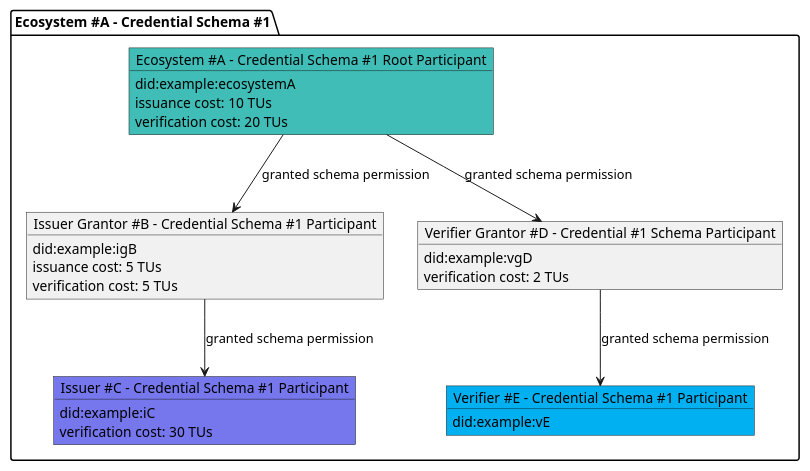
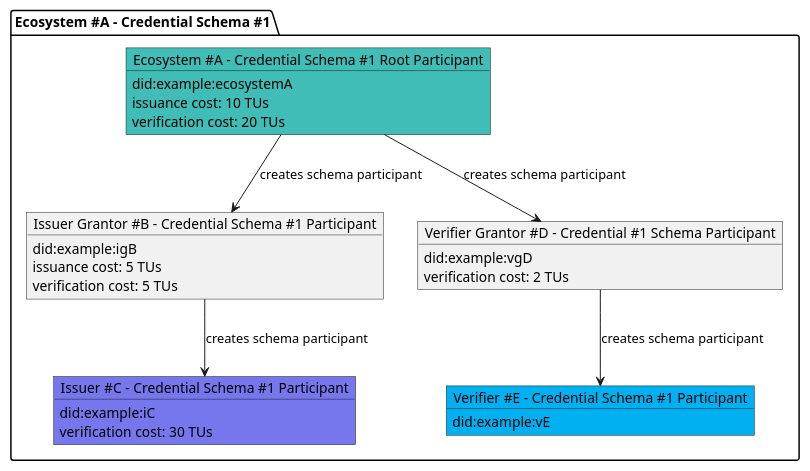
One commit to verana-labs/verifiable-trust-vpr-spec changed the tenth of 21 diagrams in spec.md. Above: the diagram before and after it, drawn with PlantUML. The commit also changed other lines of this file, not shown here.

First line of the commit message:
docs(spec): rephrase Features section for v4 Permission->Participant rename; add Corporation overview

````diff
--- a/spec.md
+++ b/spec.md
@@ -692,41 +752,41 @@
 ```plantuml
 
 @startuml
 scale max 800 width
  
 package "Ecosystem #A - Credential Schema #1" as cs {
 
     object "Ecosystem #A - Credential Schema #1 Root Participant" as tr #3fbdb6 {
         did:example:ecosystemA
         issuance cost: 10 TUs
         verification cost: 20 TUs
     }
     object "Issuer Grantor #B - Credential Schema #1 Participant" as ig {
         did:example:igB
         issuance cost: 5 TUs
         verification cost: 5 TUs
     }
     object "Issuer #C - Credential Schema #1 Participant" as issuer #7677ed  {
         did:example:iC
         verification cost: 30 TUs
     }
     object "Verifier Grantor #D - Credential #1 Schema Participant" as vg {
         did:example:vgD
         verification cost: 2 TUs
     }
     object "Verifier #E - Credential Schema #1 Participant" as verifier #00b0f0 {
         did:example:vE
     }
 }
 
 
 
-tr --> ig : granted schema permission
-ig --> issuer : granted schema permission
+tr --> ig : creates schema participant
+ig --> issuer : creates schema participant
 
-tr --> vg : granted schema permission
-vg --> verifier : granted schema permission
+tr --> vg : creates schema participant
+vg --> verifier : creates schema participant
 
 @enduml
 
 ```
````
